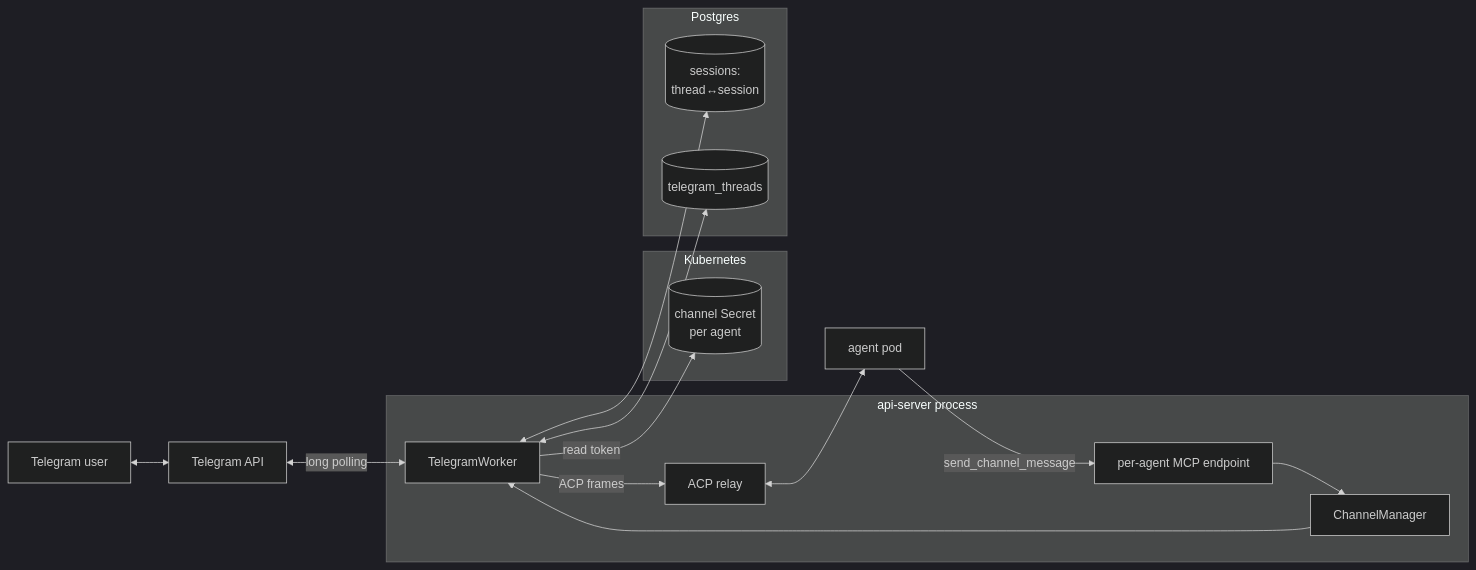
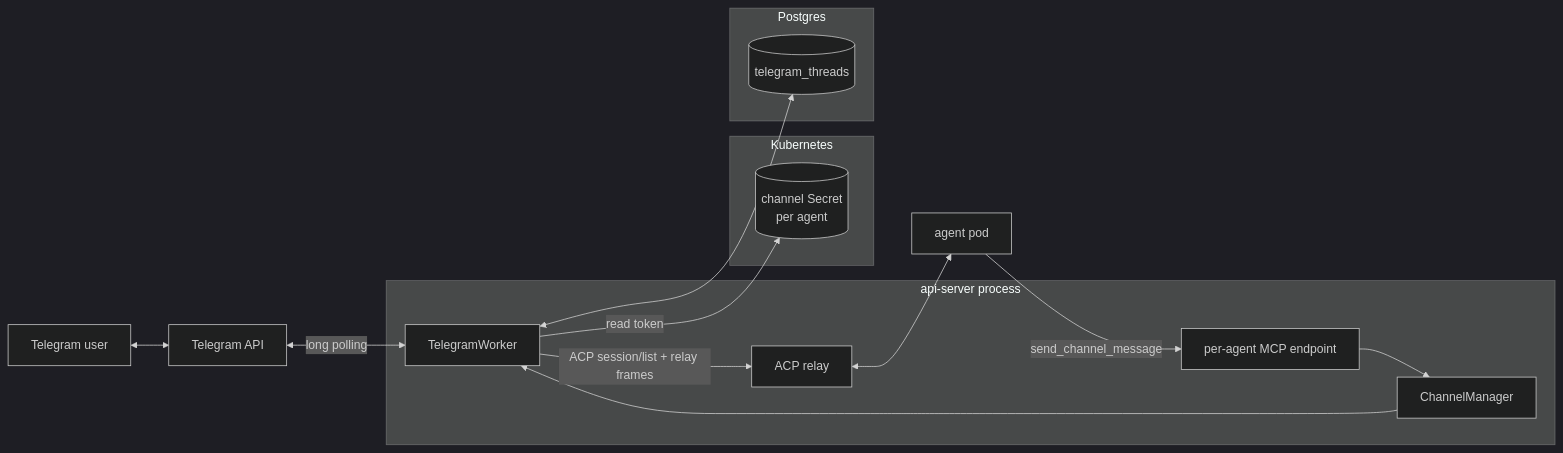
The second of 4 diagrams in docs/architecture/channels.md (subbyte/dam), drawn with Mermaid (dark theme) before and after one commit. The commit also changed other lines of this file and 74 other files, not shown here.

First line of the commit message:
feat: agent-owned session metadata via ACP _meta — no server-side session store (ADR-055) (#420)

````diff
--- a/docs/architecture/channels.md
+++ b/docs/architecture/channels.md
@@ -75,34 +73,32 @@
 ```mermaid
 flowchart LR
   TU[Telegram user]
   TAPI[Telegram API]
 
   subgraph api-server[api-server process]
     CM[ChannelManager]
     TW[TelegramWorker]
     MCP[per-agent MCP endpoint]
     REL[ACP relay]
   end
 
   subgraph K8s[Kubernetes]
     SEC[(channel Secret<br/>per agent)]
   end
 
   subgraph DB[Postgres]
-    SES[(sessions:<br/>thread↔session)]
     AUT[(telegram_threads)]
   end
 
   POD[agent pod]
 
   TU <--> TAPI
   TAPI <-- long polling --> TW
   CM --> TW
   TW -- read token --> SEC
   TW <--> AUT
-  TW <--> SES
-  TW -- ACP frames --> REL
+  TW -- ACP session/list + relay frames --> REL
   REL <--> POD
   POD -- send_channel_message --> MCP
   MCP --> CM
 ```
````
